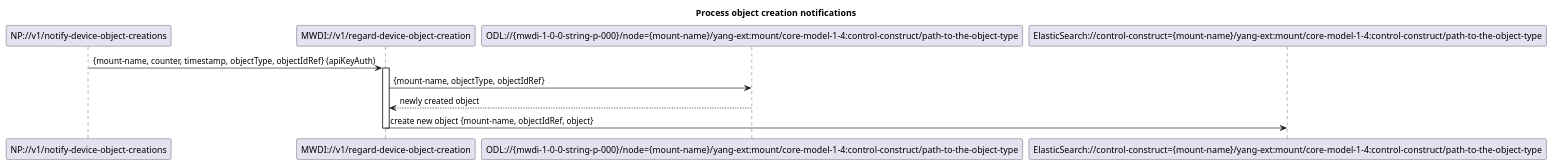
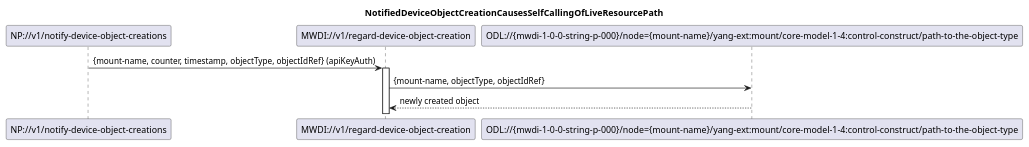
Before and after one commit to openBackhaul/MicroWaveDeviceInventory: the diagram in spec/diagrams/024_NotificationBasedObjectCreation.plantuml, drawn with PlantUML. The commit also changed 9 other files, not shown here.

```diff
--- a/spec/diagrams/024_NotificationBasedObjectCreation.plantuml
+++ b/spec/diagrams/024_NotificationBasedObjectCreation.plantuml
@@ -1,20 +1,16 @@
 @startuml 024_NotificationBasedObjectCreation
 skinparam responseMessageBelowArrow true
 
-title Process object creation notifications
+title NotifiedDeviceObjectCreationCausesSelfCallingOfLiveResourcePath
 
 participant "NP://v1/notify-device-object-creations" as subscription
 participant "MWDI://v1/regard-device-object-creation" as regardObjectCreation
 participant "ODL://{mwdi-1-0-0-string-p-000}/node={mount-name}/yang-ext:mount/core-model-1-4:control-construct/path-to-the-object-type" as odlCreatedObject
-participant "ElasticSearch://control-construct={mount-name}/yang-ext:mount/core-model-1-4:control-construct/path-to-the-object-type" as es
 
 subscription -> regardObjectCreation: {mount-name, counter, timestamp, objectType, objectIdRef} (apiKeyAuth)
 activate regardObjectCreation
 
 regardObjectCreation -> odlCreatedObject: {mount-name, objectType, objectIdRef}
 odlCreatedObject --> regardObjectCreation: newly created object
 
-regardObjectCreation -> es: create new object {mount-name, objectIdRef, object}
-deactivate regardObjectCreation
-
 @enduml
```
